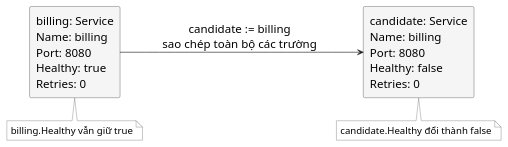
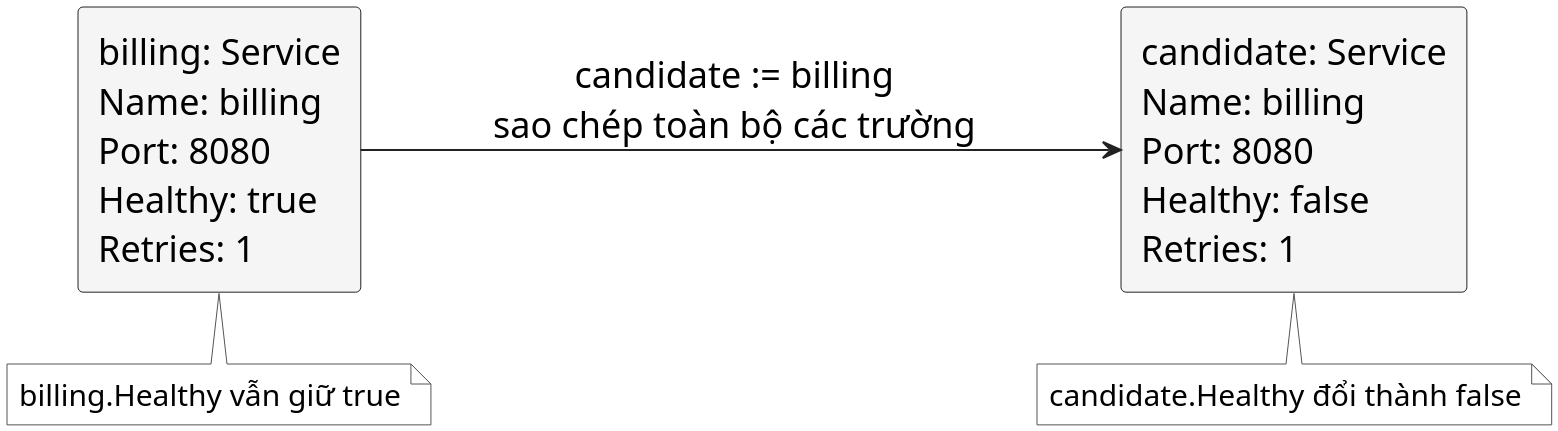
The diagram in assets/diagrams/struct-copy.puml (Minhlike/Golang), drawn with PlantUML before and after one commit. The commit also changed 68 other files, not shown here.

```diff
--- a/assets/diagrams/struct-copy.puml
+++ b/assets/diagrams/struct-copy.puml
@@ -1,27 +1,28 @@
 @startuml
 skinparam backgroundColor white
 skinparam shadowing false
+skinparam dpi 300
 skinparam defaultFontName "Source Sans 3"
 skinparam defaultFontSize 18
 skinparam defaultFontColor #000000
 skinparam rectangle {
   BackgroundColor #F5F5F5
   BorderColor #222222
   FontColor #000000
   RoundCorner 5
 }
 skinparam arrowColor #222222
 skinparam note {
   BackgroundColor #FFFFFF
   BorderColor #555555
   FontColor #000000
   FontName "Source Sans 3"
   FontSize 15
 }
 left to right direction
-rectangle "billing: Service\nName: billing\nPort: 8080\nHealthy: true\nRetries: 0" as original
-rectangle "candidate: Service\nName: billing\nPort: 8080\nHealthy: false\nRetries: 0" as copy
+rectangle "billing: Service\nName: billing\nPort: 8080\nHealthy: true\nRetries: 1" as original
+rectangle "candidate: Service\nName: billing\nPort: 8080\nHealthy: false\nRetries: 1" as copy
 original --> copy : candidate := billing\nsao chép toàn bộ các trường
 note bottom of original : billing.Healthy vẫn giữ true
 note bottom of copy : candidate.Healthy đổi thành false
 @enduml
```
